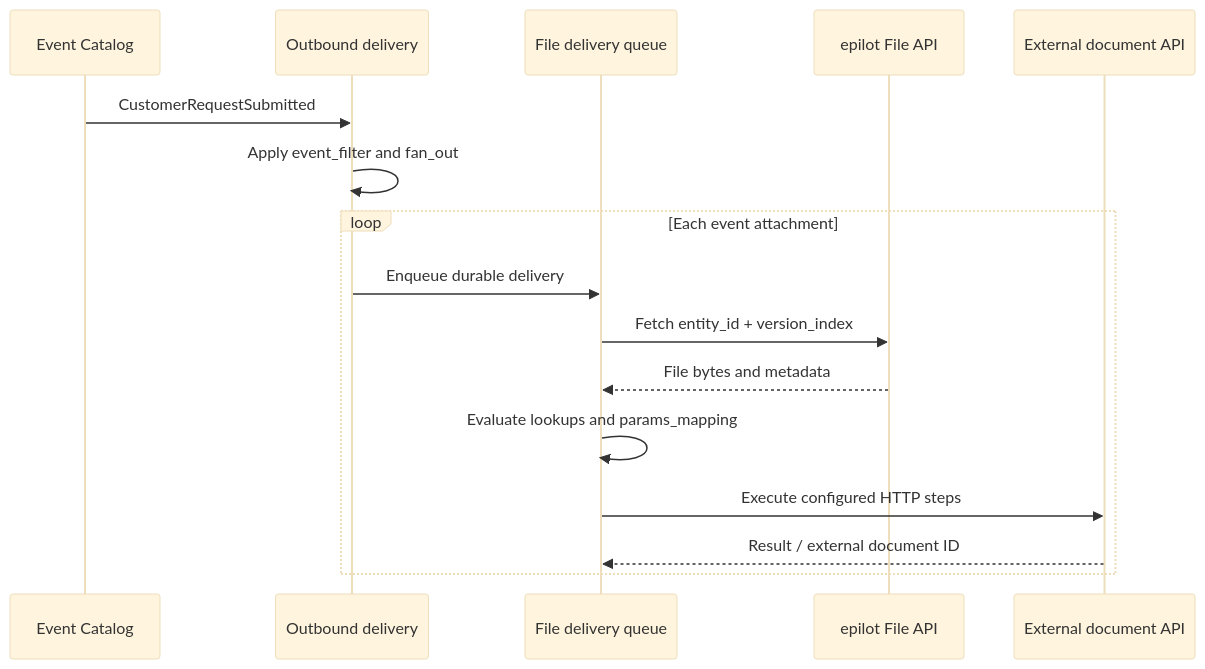
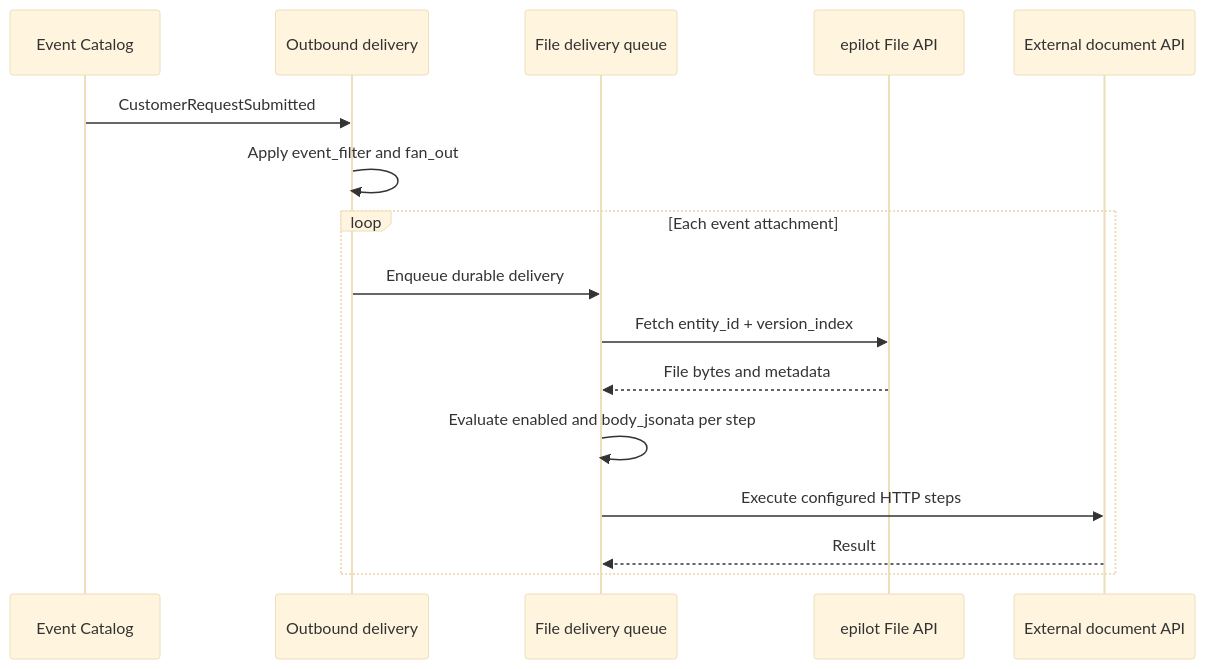
One commit to epilot-dev/docs changed the diagram in docs/integrations/integration-toolkit/outbound-file-delivery.md. Above: the diagram before and after it, drawn with Mermaid (base theme). The commit also changed other lines of this file and 1 other file, not shown here.

````diff
--- a/docs/integrations/integration-toolkit/outbound-file-delivery.md
+++ b/docs/integrations/integration-toolkit/outbound-file-delivery.md
@@ -37,19 +37,19 @@
 ```mermaid
 sequenceDiagram
     participant Event as Event Catalog
     participant Outbound as Outbound delivery
     participant Queue as File delivery queue
     participant File as epilot File API
     participant Target as External document API
 
     Event->>Outbound: CustomerRequestSubmitted
     Outbound->>Outbound: Apply event_filter and fan_out
     loop Each event attachment
         Outbound->>Queue: Enqueue durable delivery
         Queue->>File: Fetch entity_id + version_index
         File-->>Queue: File bytes and metadata
-        Queue->>Queue: Evaluate lookups and params_mapping
+        Queue->>Queue: Evaluate enabled and body_jsonata per step
         Queue->>Target: Execute configured HTTP steps
-        Target-->>Queue: Result / external document ID
+        Target-->>Queue: Result
     end
 ```
````
